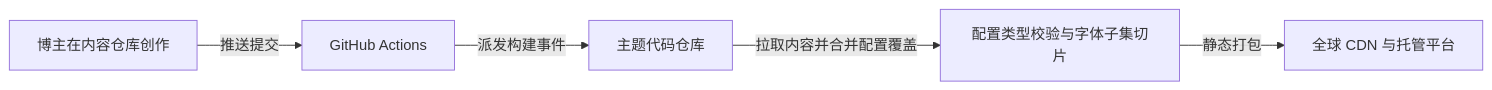
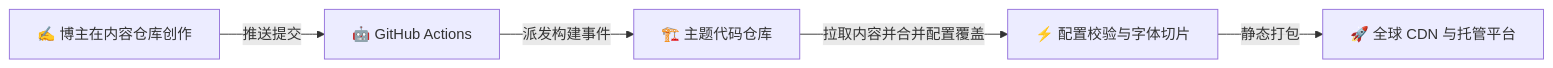
Before and after one commit to LyraVoid/Shirone-Docs: the diagram in docs/guide/content-separation/concepts/README.md, drawn with Mermaid. The commit also changed other lines of this file and 15 other files, not shown here.

````diff
--- a/docs/guide/content-separation/concepts/README.md
+++ b/docs/guide/content-separation/concepts/README.md
@@ -30,7 +33,7 @@
 ```mermaid
 flowchart LR
-    A[博主在内容仓库创作] -->|推送提交| B[GitHub Actions]
-    B -->|派发构建事件| C[主题代码仓库]
-    C -->|拉取内容并合并配置覆盖| D[配置类型校验与字体子集切片]
-    D -->|静态打包| E[全球 CDN 与托管平台]
+    A["✍️ 博主在内容仓库创作"] -->|推送提交| B["🤖 GitHub Actions"]
+    B -->|派发构建事件| C["🏗️ 主题代码仓库"]
+    C -->|拉取内容并合并配置覆盖| D["⚡ 配置校验与字体切片"]
+    D -->|静态打包| E["🚀 全球 CDN 与托管平台"]
 ```
````
